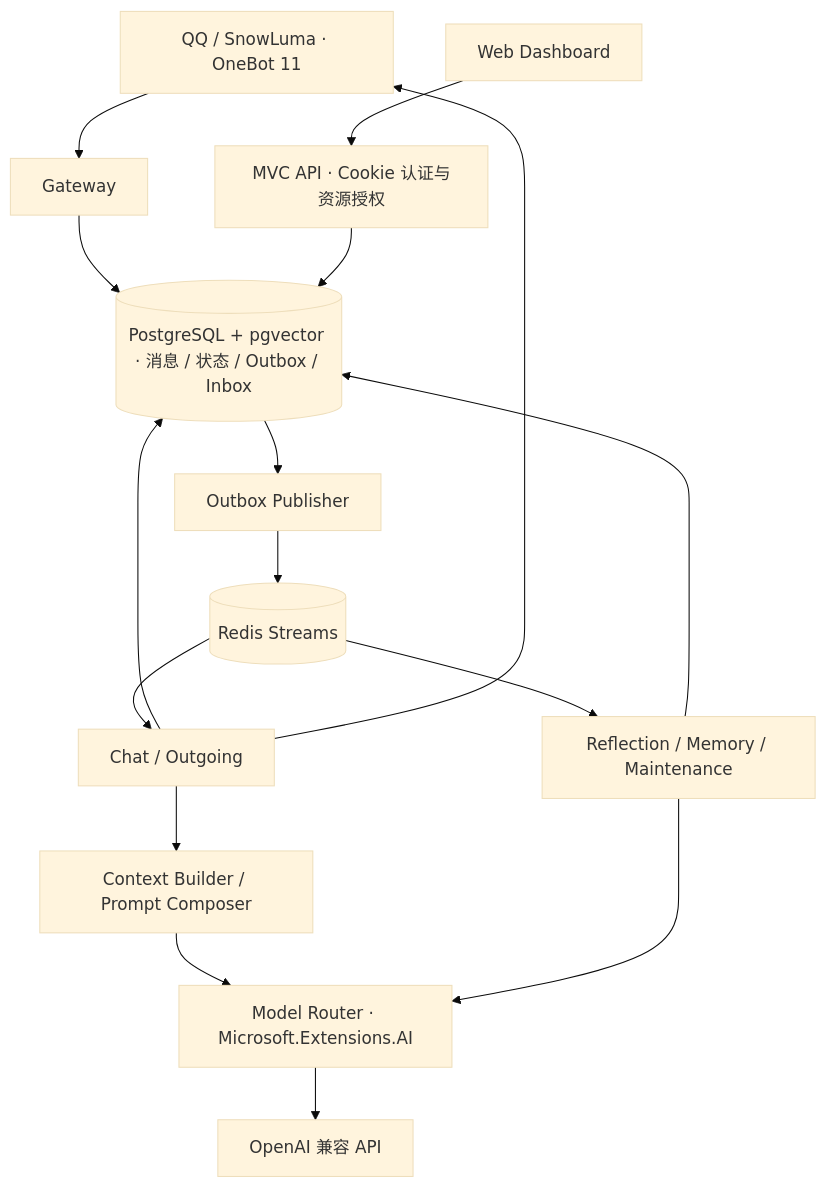
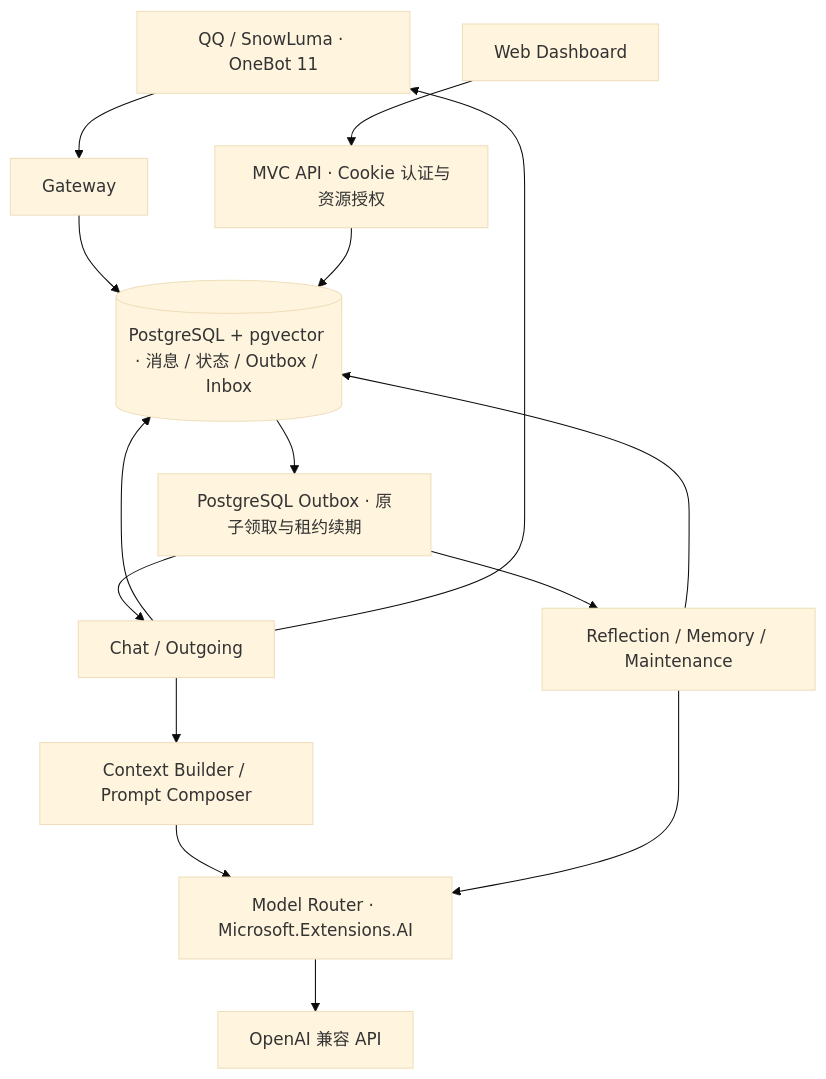
Before and after one commit to Raspberry-Monster/Wonder: the diagram in docs/Wonder-Architecture-v0.1.md, drawn with Mermaid (base theme). The commit also changed other lines of this file and 9 other files, not shown here.

````diff
--- a/docs/Wonder-Architecture-v0.1.md
+++ b/docs/Wonder-Architecture-v0.1.md
@@ -18,18 +18,17 @@
 ```mermaid
 flowchart TB
   QQ[QQ / SnowLuma · OneBot 11] --> GW[Gateway]
   UI[Web Dashboard] --> API[MVC API · Cookie 认证与资源授权]
   GW --> DB[(PostgreSQL + pgvector · 消息 / 状态 / Outbox / Inbox)]
   API --> DB
-  DB --> PUB[Outbox Publisher]
-  PUB --> QUEUE[(Redis Streams)]
+  DB --> QUEUE[PostgreSQL Outbox · 原子领取与租约续期]
   QUEUE --> CHAT[Chat / Outgoing]
   QUEUE --> REFLECT[Reflection / Memory / Maintenance]
   CHAT --> CTX[Context Builder / Prompt Composer]
   CTX --> MODEL[Model Router · Microsoft.Extensions.AI]
   REFLECT --> MODEL
   MODEL --> LLM[OpenAI 兼容 API]
   CHAT --> DB
   REFLECT --> DB
   CHAT --> QQ
 ```
````
